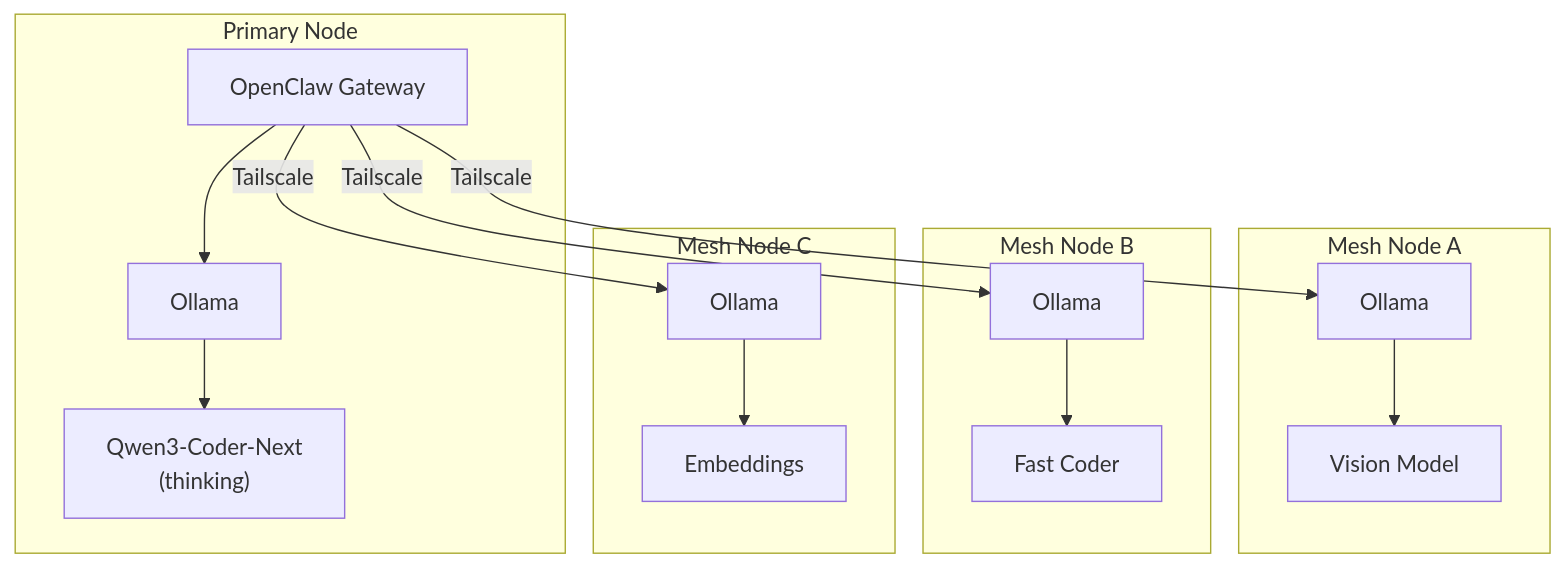
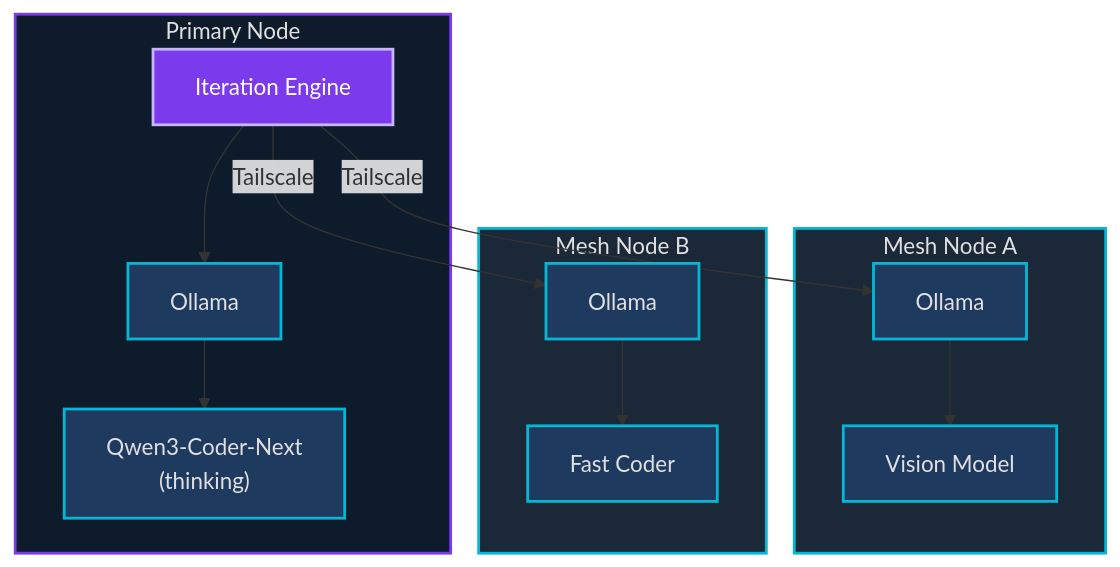
One commit to mvalancy/tritium-coder changed the fifth of 6 diagrams in docs/architecture.md. Above: the diagram before and after it, drawn with Mermaid. The commit also changed other lines of this file and 16 other files, not shown here.

First line of the commit message:
Remove OpenClaw dependency, go fully independent

````diff
--- a/docs/architecture.md
+++ b/docs/architecture.md
@@ -87,32 +126,36 @@
 ```mermaid
 flowchart TB
     subgraph Primary["Primary Node"]
-        GW["OpenClaw Gateway"]
+        Engine["Iteration Engine"]
         O1["Ollama"]
-        M1["Qwen3-Coder-Next\n(thinking)"]
+        M1["Qwen3-Coder-Next<br/>(thinking)"]
         O1 --> M1
-        GW --> O1
+        Engine --> O1
     end
 
     subgraph NodeA["Mesh Node A"]
         O2["Ollama"]
         M2["Vision Model"]
         O2 --> M2
     end
 
     subgraph NodeB["Mesh Node B"]
         O3["Ollama"]
         M3["Fast Coder"]
         O3 --> M3
     end
 
-    subgraph NodeC["Mesh Node C"]
-        O4["Ollama"]
-        M4["Embeddings"]
-        O4 --> M4
-    end
+    Engine -->|Tailscale| O2
+    Engine -->|Tailscale| O3
 
-    GW -->|Tailscale| O2
-    GW -->|Tailscale| O3
-    GW -->|Tailscale| O4
+    style Primary fill:#0d1b2a,stroke:#7c3aed,color:#e0e0e0,stroke-width:2px
+    style NodeA fill:#1b2838,stroke:#06b6d4,color:#e0e0e0,stroke-width:2px
+    style NodeB fill:#1b2838,stroke:#06b6d4,color:#e0e0e0,stroke-width:2px
+    style Engine fill:#7c3aed,stroke:#c4b5fd,color:#ffffff,stroke-width:2px
+    style O1 fill:#1e3a5f,stroke:#06b6d4,color:#e0e0e0,stroke-width:2px
+    style M1 fill:#1e3a5f,stroke:#06b6d4,color:#e0e0e0,stroke-width:2px
+    style O2 fill:#1e3a5f,stroke:#06b6d4,color:#e0e0e0,stroke-width:2px
+    style M2 fill:#1e3a5f,stroke:#06b6d4,color:#e0e0e0,stroke-width:2px
+    style O3 fill:#1e3a5f,stroke:#06b6d4,color:#e0e0e0,stroke-width:2px
+    style M3 fill:#1e3a5f,stroke:#06b6d4,color:#e0e0e0,stroke-width:2px
 ```
````
